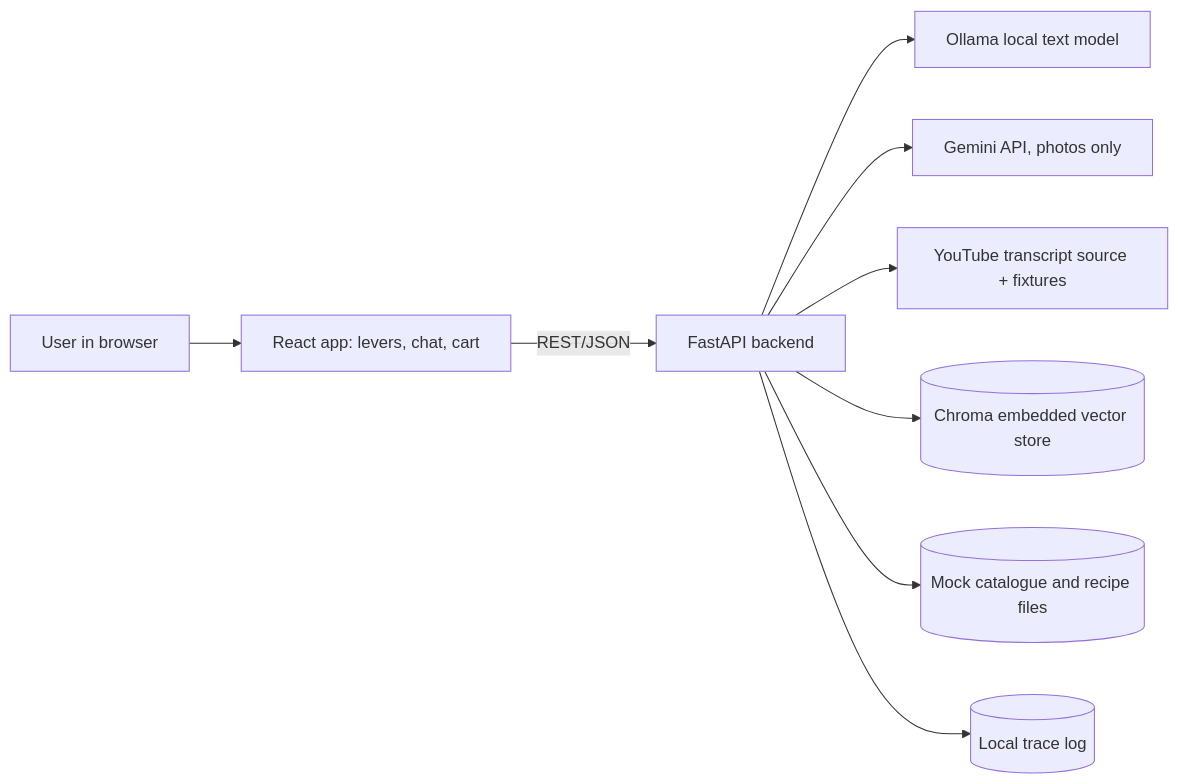
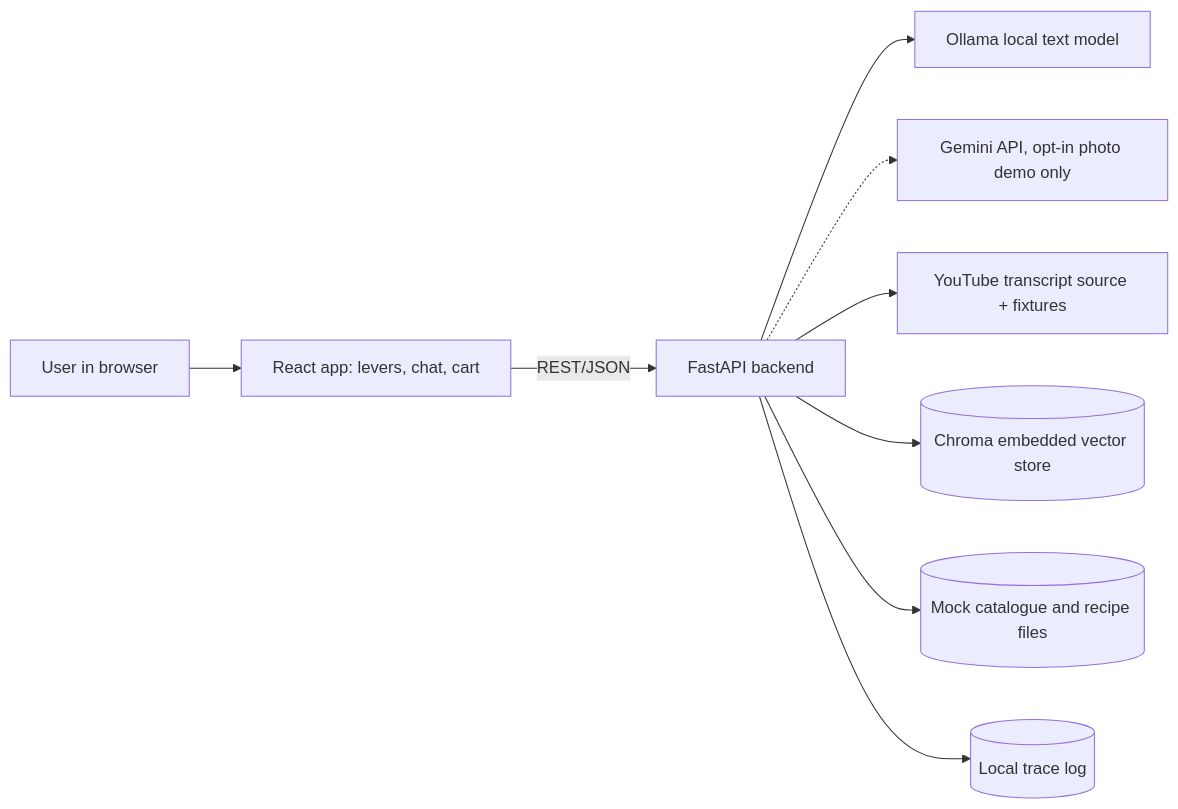
Before and after one commit to VarunParikh/zest-sous-chef: the first of 3 diagrams in docs/epics/zest/design/architecture.md, drawn with Mermaid. The commit also changed other lines of this file and 19 other files, not shown here.

````diff
--- a/docs/epics/zest/design/architecture.md
+++ b/docs/epics/zest/design/architecture.md
@@ -13,11 +13,11 @@
 ```mermaid
 flowchart LR
   U[User in browser] --> FE[React app: levers, chat, cart]
   FE -->|REST/JSON| BE[FastAPI backend]
   BE --> OL[Ollama local text model]
-  BE --> GM[Gemini API, photos only]
+  BE -.-> GM[Gemini API, opt-in photo demo only]
   BE --> YT[YouTube transcript source + fixtures]
   BE --> CH[(Chroma embedded vector store)]
   BE --> MD[(Mock catalogue and recipe files)]
   BE --> TR[(Local trace log)]
 ```
````
